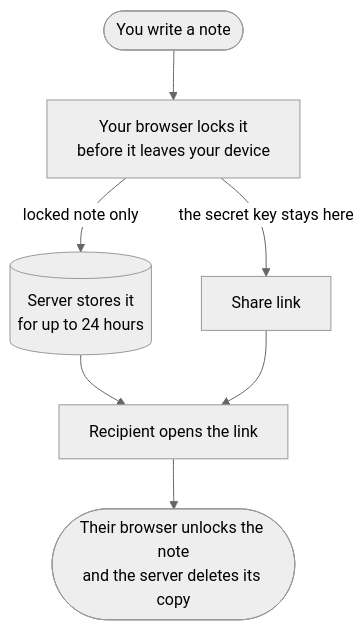
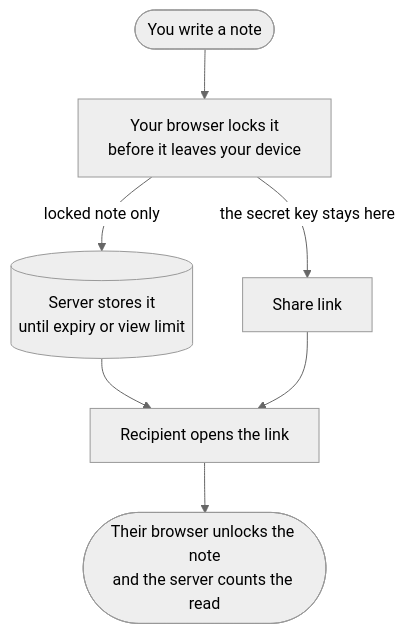
Before and after one commit to nxfu/binthere: the diagram in README.md, drawn with Mermaid (neutral theme). The commit also changed other lines of this file and 1 other file, not shown here.

````diff
--- a/README.md
+++ b/README.md
@@ -59,9 +75,9 @@
 ```mermaid
 flowchart TD
     A([You write a note]) --> B[Your browser locks it<br/>before it leaves your device]
-    B -->|locked note only| C[(Server stores it<br/>for up to 24 hours)]
+    B -->|locked note only| C[(Server stores it<br/>until expiry or view limit)]
     B -->|the secret key stays here| D[Share link]
     C --> E[Recipient opens the link]
     D --> E
-    E --> F([Their browser unlocks the note<br/>and the server deletes its copy])
+    E --> F([Their browser unlocks the note<br/>and the server counts the read])
 ```
````
